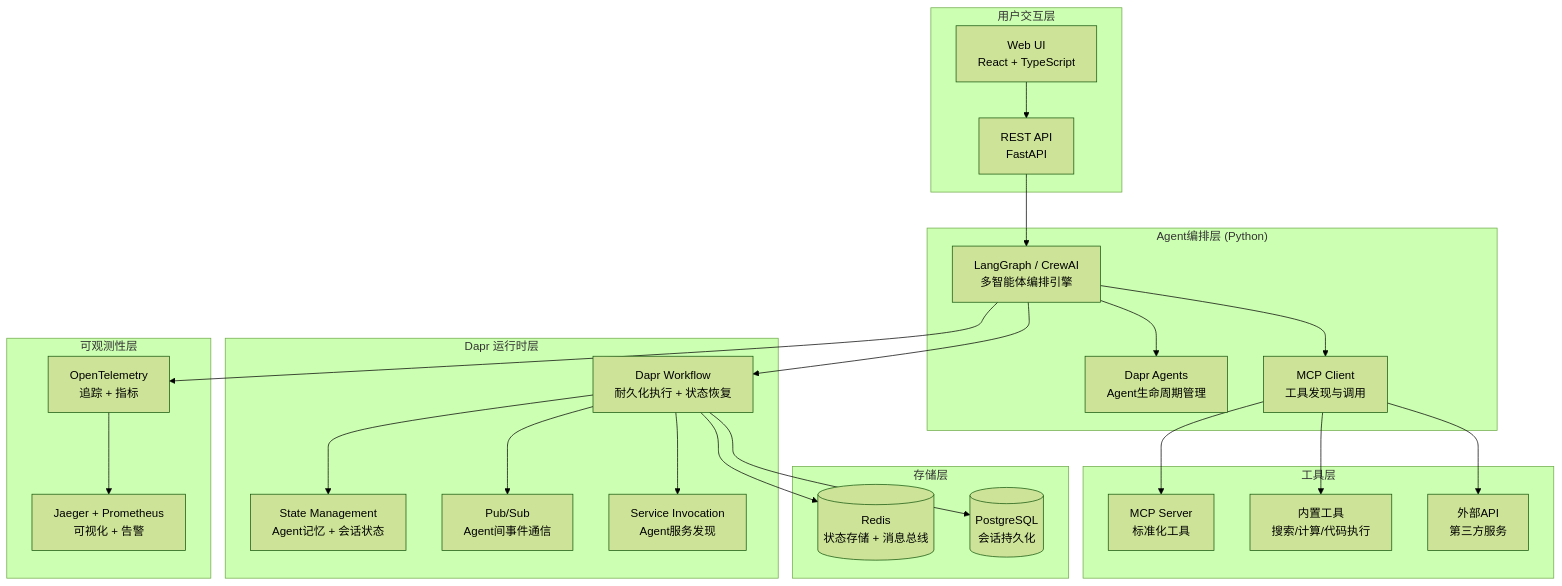
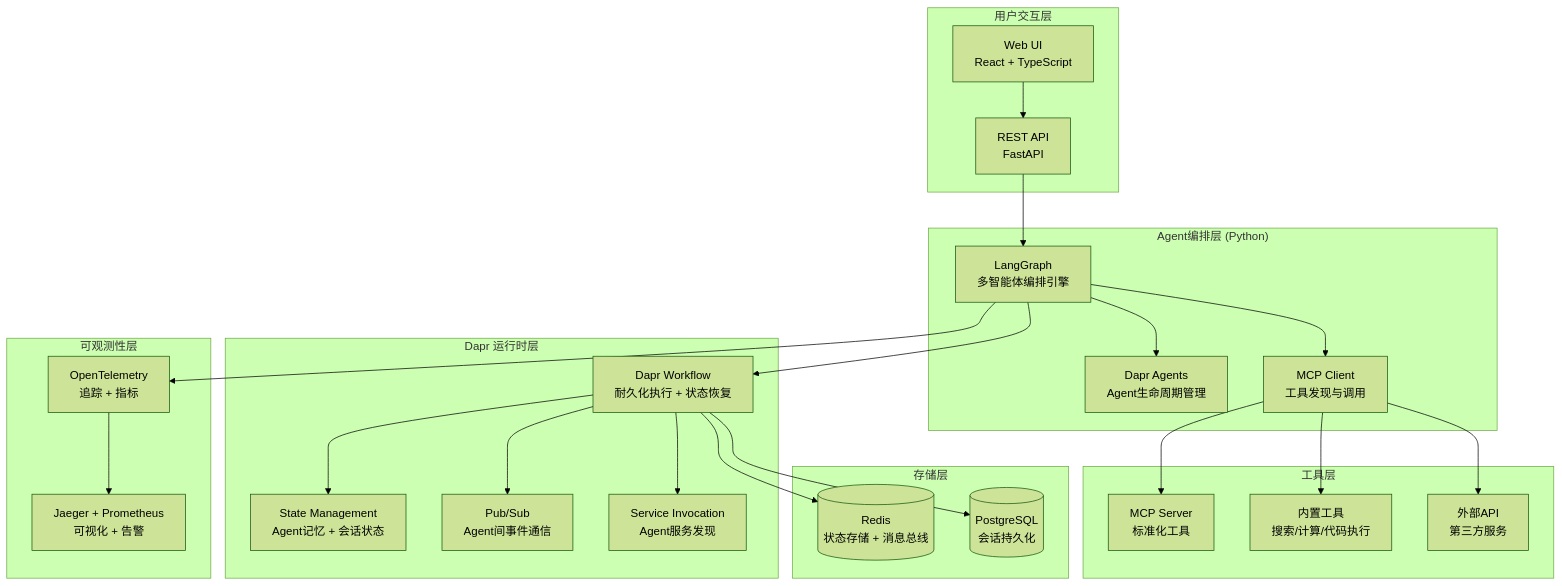
Before and after one commit to lian-yao/Multi-Agent-Collaboration-Platform: the diagram in doc/15 AI Native多智能体协作平台.md, drawn with Mermaid (forest theme). The commit also changed other lines of this file and 44 other files, not shown here.

````diff
--- a/doc/15 AI Native多智能体协作平台.md
+++ b/doc/15 AI Native多智能体协作平台.md
@@ -22,43 +22,43 @@
 ```mermaid
 flowchart TB
     subgraph User["用户交互层"]
         A["Web UI<br>React + TypeScript"]
         B["REST API<br>FastAPI"]
     end
 
     subgraph Orchestrator["Agent编排层 (Python)"]
-        C["LangGraph / CrewAI<br>多智能体编排引擎"]
+        C["LangGraph<br>多智能体编排引擎"]
         D["Dapr Agents<br>Agent生命周期管理"]
         E["MCP Client<br>工具发现与调用"]
     end
 
     subgraph DaprRuntime["Dapr 运行时层"]
         F["Dapr Workflow<br>耐久化执行 + 状态恢复"]
         G["State Management<br>Agent记忆 + 会话状态"]
         H["Pub/Sub<br>Agent间事件通信"]
         I["Service Invocation<br>Agent服务发现"]
     end
 
     subgraph Tools["工具层"]
         J["MCP Server<br>标准化工具"]
         K["内置工具<br>搜索/计算/代码执行"]
         L["外部API<br>第三方服务"]
     end
 
     subgraph Storage["存储层"]
         M[("Redis<br>状态存储 + 消息总线")]
         N[("PostgreSQL<br>会话持久化")]
     end
 
     subgraph Observability["可观测性层"]
         O["OpenTelemetry<br>追踪 + 指标"]
         P["Jaeger + Prometheus<br>可视化 + 告警"]
     end
 
     A --> B --> C
     C --> D
     C --> E --> J & K & L
     C --> F --> G & H & I
     F --> M & N
     C --> O --> P
 ```
````
